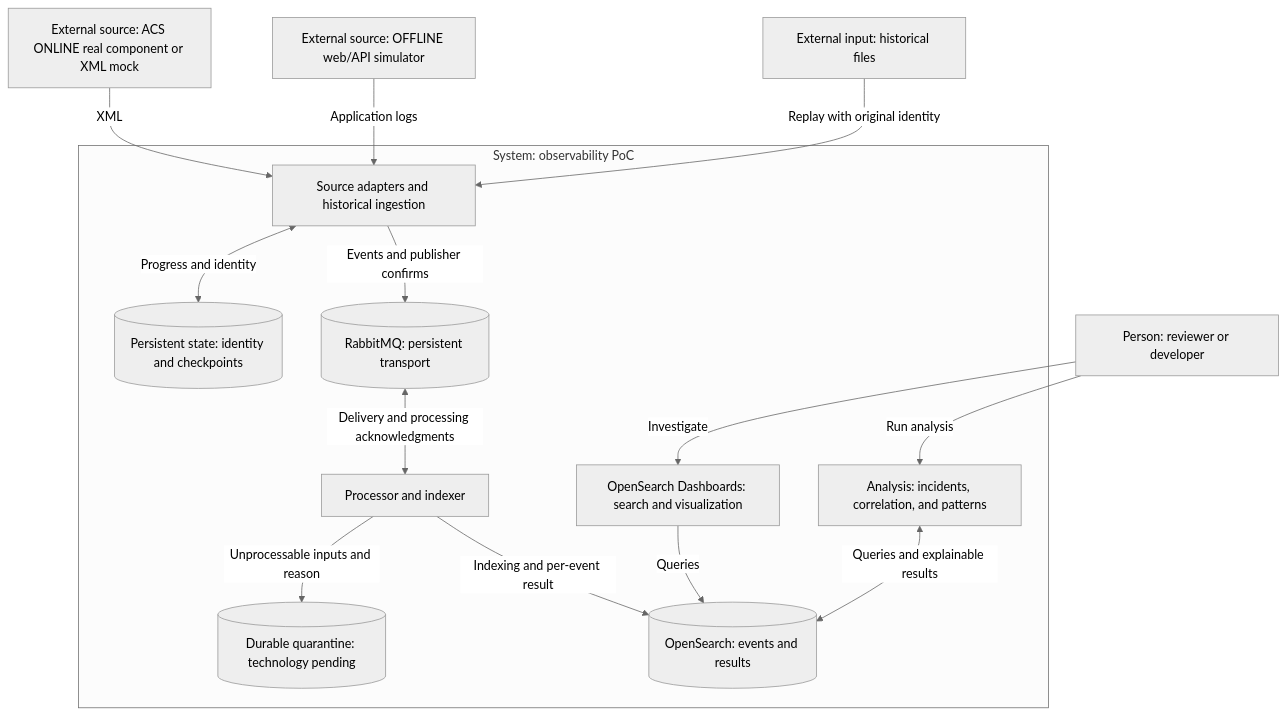
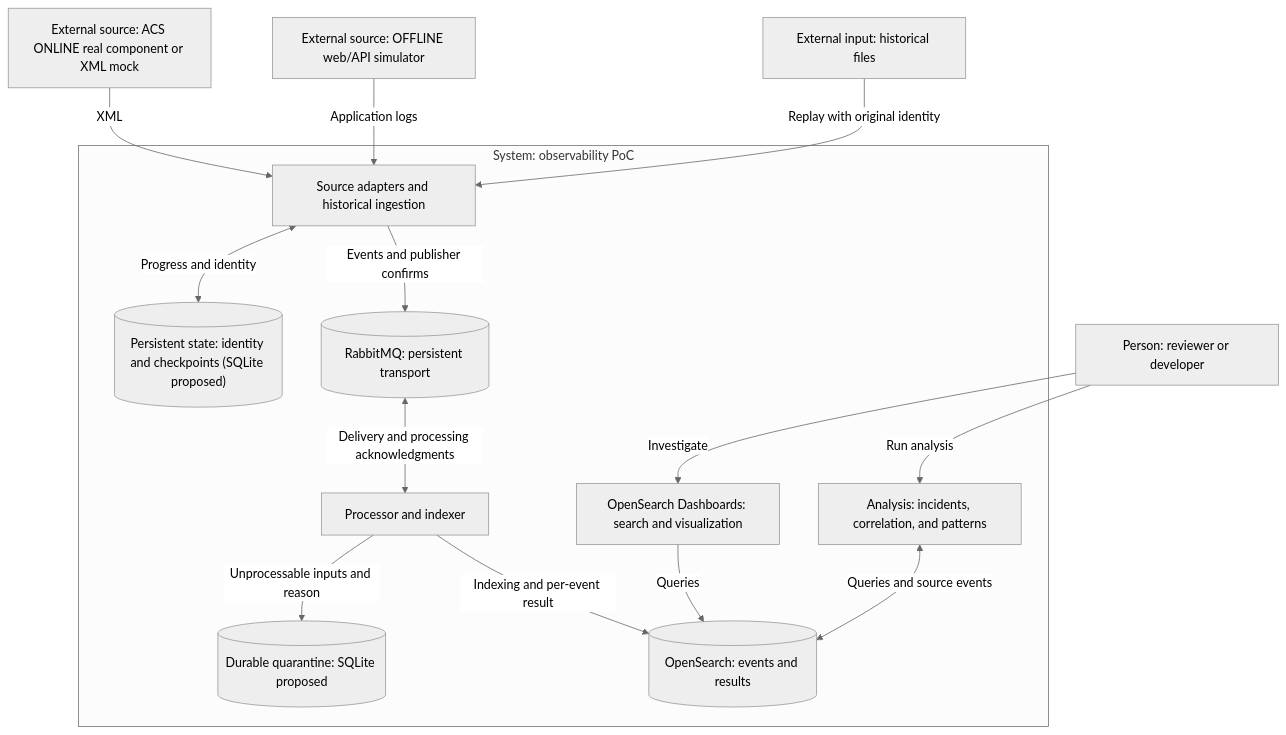
Before and after one commit to bfl-dev/ALMA-Oensearch-PoC: the diagram in docs/architecture/README.md, drawn with Mermaid (neutral theme). The commit also changed other lines of this file and 29 other files, not shown here.

````diff
--- a/docs/architecture/README.md
+++ b/docs/architecture/README.md
@@ -21,29 +21,29 @@
 ```mermaid
 flowchart TD
     online["External source: ACS ONLINE real component or XML mock"]
     offline["External source: OFFLINE web/API simulator"]
     history["External input: historical files"]
     reviewer["Person: reviewer or developer"]
     subgraph poc["System: observability PoC"]
         adapters["Source adapters and historical ingestion"]
-        sourceState[("Persistent state: identity and checkpoints")]
+        sourceState[("Persistent state: identity and checkpoints (SQLite proposed)")]
         broker[("RabbitMQ: persistent transport")]
         worker["Processor and indexer"]
-        quarantine[("Durable quarantine: technology pending")]
+        quarantine[("Durable quarantine: SQLite proposed")]
         search[("OpenSearch: events and results")]
         dashboard["OpenSearch Dashboards: search and visualization"]
         analysis["Analysis: incidents, correlation, and patterns"]
         adapters <-->|"Progress and identity"| sourceState
         adapters -->|"Events and publisher confirms"| broker
         broker <-->|"Delivery and processing acknowledgments"| worker
         worker -->|"Indexing and per-event result"| search
         worker -->|"Unprocessable inputs and reason"| quarantine
         dashboard -->|"Queries"| search
-        analysis <-->|"Queries and explainable results"| search
+        analysis <-->|"Queries and source events"| search
     end
     online -->|"XML"| adapters
     offline -->|"Application logs"| adapters
     history -->|"Replay with original identity"| adapters
     reviewer -->|"Investigate"| dashboard
     reviewer -->|"Run analysis"| analysis
 ```
````
